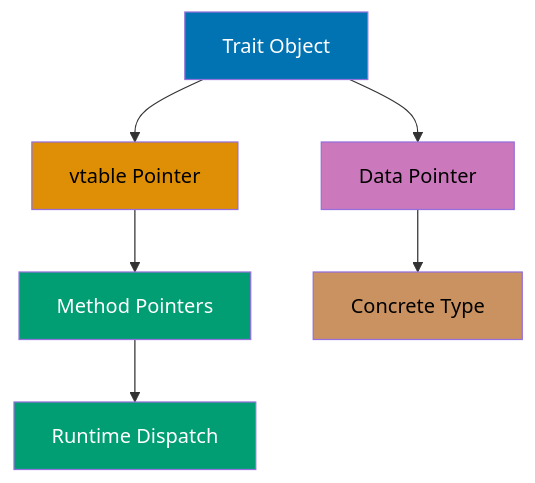
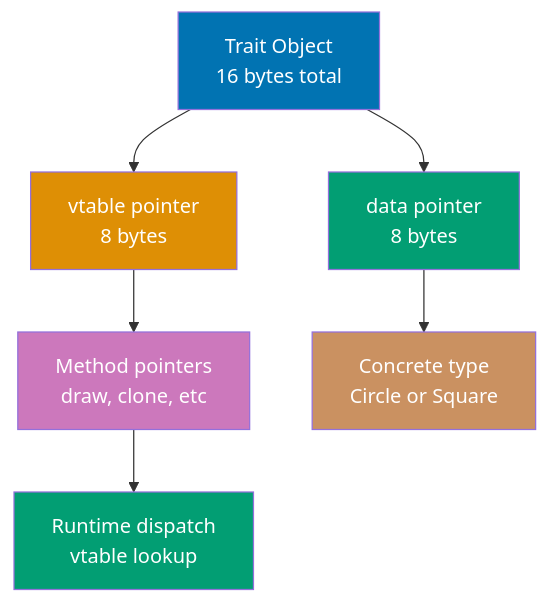
Before and after one commit to wahidyankf/open-sharia-enterprise: diagram 12 of 16 in apps/ayokoding-web/content/en/learn/software-engineering/programming-languages/rust/tutorials/by-example/advanced.md, drawn with Mermaid. The commit also changed other lines of this file and 86 other files, not shown here.

First line of the commit message:
feat(diagrams): implement TD default layout and diagram splitting for mobile

````diff
--- a/apps/ayokoding-web/content/en/learn/software-engineering/programming-languages/rust/tutorials/by-example/advanced.md
+++ b/apps/ayokoding-web/content/en/learn/software-engineering/programming-languages/rust/tutorials/by-example/advanced.md
@@ -2520,15 +2535,19 @@
 ```mermaid
+%% Color Palette: Blue #0173B2, Orange #DE8F05, Teal #029E73, Purple #CC78BC, Brown #CA9161
 graph TD
-    A[Trait Object] --> B[vtable Pointer]
-    B --> C[Method Pointers]
-    A --> D[Data Pointer]
-    D --> E[Concrete Type]
-    C --> F[Runtime Dispatch]
+    TraitObj[Trait Object<br/>16 bytes total]
+    TraitObj --> VTable[vtable pointer<br/>8 bytes]
+    TraitObj --> Data[data pointer<br/>8 bytes]
 
-    style A fill:#0173B2,color:#fff
-    style B fill:#DE8F05,color:#000
-    style C fill:#029E73,color:#fff
-    style D fill:#CC78BC,color:#000
-    style E fill:#CA9161,color:#000
-    style F fill:#029E73,color:#fff
+    VTable --> Methods[Method pointers<br/>draw, clone, etc]
+    Data --> Concrete[Concrete type<br/>Circle or Square]
+
+    Methods --> Dispatch[Runtime dispatch<br/>vtable lookup]
+
+    style TraitObj fill:#0173B2,color:#fff
+    style VTable fill:#DE8F05,color:#fff
+    style Data fill:#029E73,color:#fff
+    style Methods fill:#CC78BC,color:#fff
+    style Concrete fill:#CA9161,color:#fff
+    style Dispatch fill:#029E73,color:#fff
 ```
````
